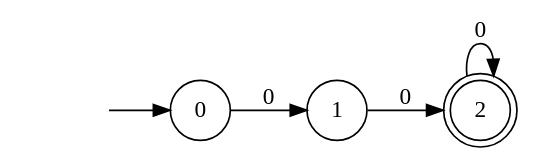
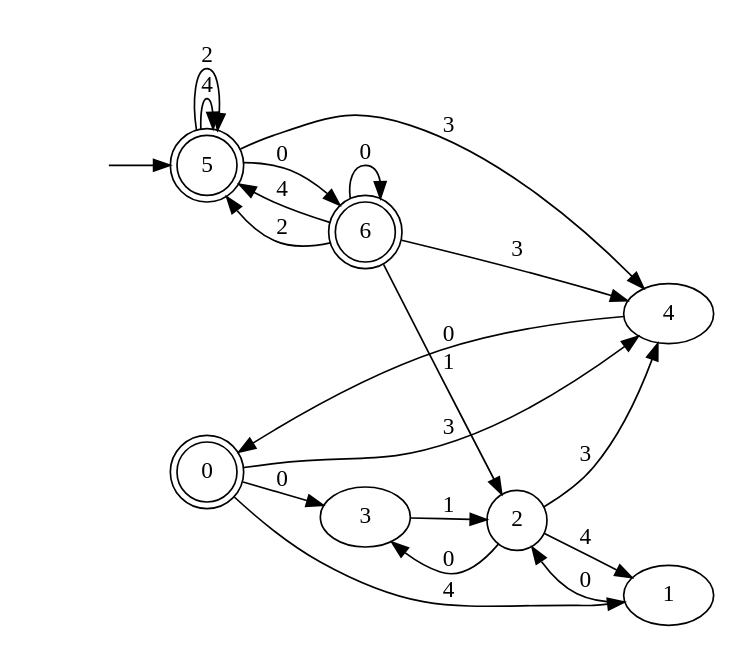
Before and after one commit to Faymiaouent/Automa4U: the diagram in dotfiles/DFA3.dot, drawn with Graphviz. The commit also changed 44 other files, not shown here.

```diff
--- a/dotfiles/DFA3.dot
+++ b/dotfiles/DFA3.dot
@@ -1,11 +1,30 @@
 digraph Automaton {
   rankdir = LR;
-node [shape=circle];
-  initial [shape=plaintext,label=""];
-  initial -> 0
-  0 -> 1 [label="0"];
+0 [shape=doublecircle]; 
+  0 -> 3 [label="0"];
+  0 -> 1 [label="4"];
+  0 -> 4 [label="3"];
 node [shape=circle];
   1 -> 2 [label="0"];
-2 [shape=doublecircle]; 
-  2 -> 2 [label="0"];
+node [shape=circle];
+  2 -> 3 [label="0"];
+  2 -> 1 [label="4"];
+  2 -> 4 [label="3"];
+node [shape=circle];
+  3 -> 2 [label="1"];
+node [shape=circle];
+  4 -> 0 [label="0"];
+5 [shape=doublecircle]; 
+  initial [shape=plaintext,label=""];
+  initial -> 5
+  5 -> 6 [label="0"];
+  5 -> 5 [label="4"];
+  5 -> 5 [label="2"];
+  5 -> 4 [label="3"];
+6 [shape=doublecircle]; 
+  6 -> 6 [label="0"];
+  6 -> 5 [label="4"];
+  6 -> 2 [label="1"];
+  6 -> 5 [label="2"];
+  6 -> 4 [label="3"];
 }
```
